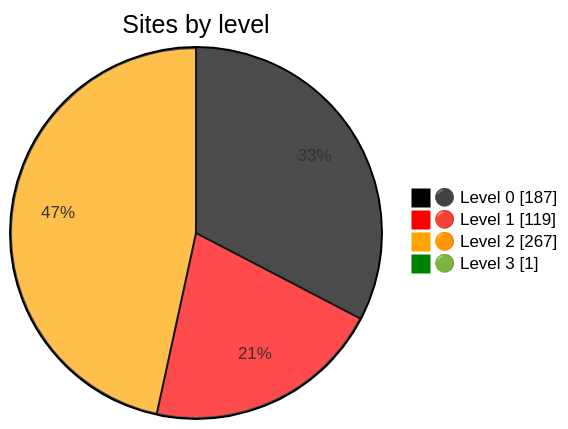
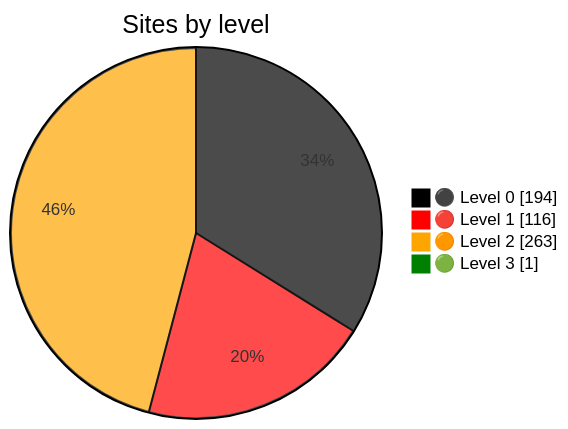
Before and after one commit to Dushmilan/gov_lk_web_auditor: the diagram in README.md, drawn with Mermaid. The commit also changed other lines of this file and 2573 other files, not shown here.

````diff
--- a/README.md
+++ b/README.md
@@ -24,9 +24,9 @@
 ```mermaid
 %%{init: {"themeVariables":{"pie1":"black","pie2":"red","pie3":"orange","pie4":"green"}}}%%
 pie showData
     title Sites by level
-    "⚫ Level 0" : 187
-    "🔴 Level 1" : 119
-    "🟠 Level 2" : 267
+    "⚫ Level 0" : 194
+    "🔴 Level 1" : 116
+    "🟠 Level 2" : 263
     "🟢 Level 3" : 1
 ```
````
